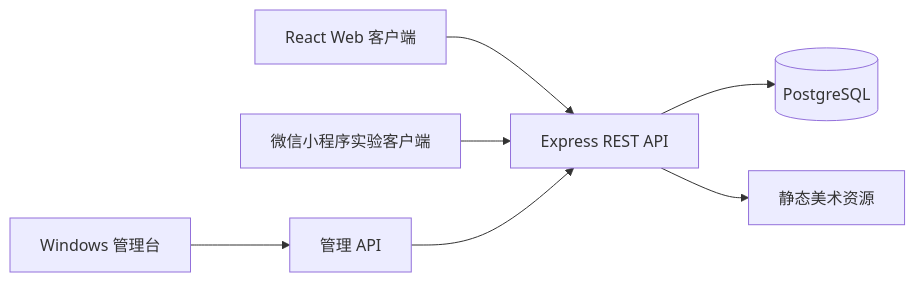
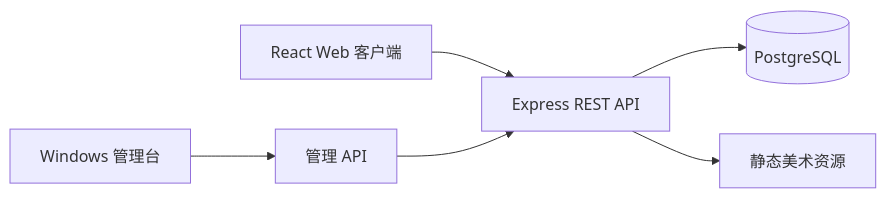
The diagram in README.md (alikatong/songjian-kouxian), drawn with Mermaid before and after one commit. The commit also changed other lines of this file and 102 other files, not shown here.

````diff
--- a/README.md
+++ b/README.md
@@ -87,9 +87,8 @@
 ```mermaid
 flowchart LR
     WEB[React Web 客户端] --> API[Express REST API]
-    MINI[微信小程序实验客户端] --> API
     ADMIN[Windows 管理台] --> ADMINAPI[管理 API]
     ADMINAPI --> API
     API --> DB[(PostgreSQL)]
     API --> ASSETS[静态美术资源]
 ```
````
